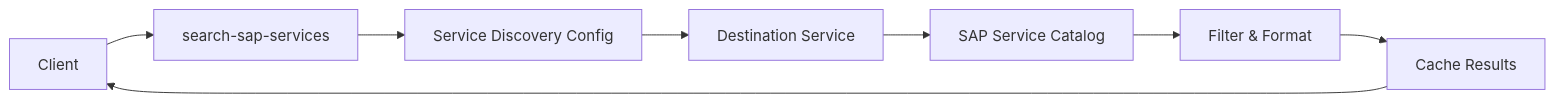
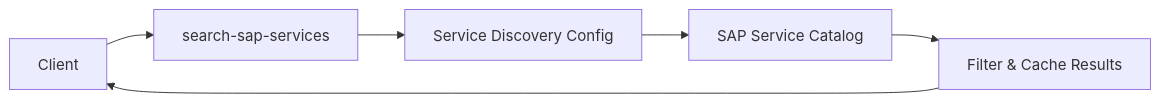
The third of 5 diagrams in docs/ARCHITECTURE.md (Raistlin82/btp-sap-odata-to-mcp-server-optimized), drawn with Mermaid before and after one commit. The commit also changed other lines of this file and 10 other files, not shown here.

````diff
--- a/docs/ARCHITECTURE.md
+++ b/docs/ARCHITECTURE.md
@@ -291,10 +107,8 @@
 ```mermaid
 graph LR
     A[Client] --> B[search-sap-services]
     B --> C[Service Discovery Config]
-    C --> D[Destination Service]
-    D --> E[SAP Service Catalog]
-    E --> F[Filter & Format]
-    F --> G[Cache Results]
-    G --> A
+    C --> D[SAP Service Catalog]
+    D --> E[Filter & Cache Results]
+    E --> A
 ```
````
